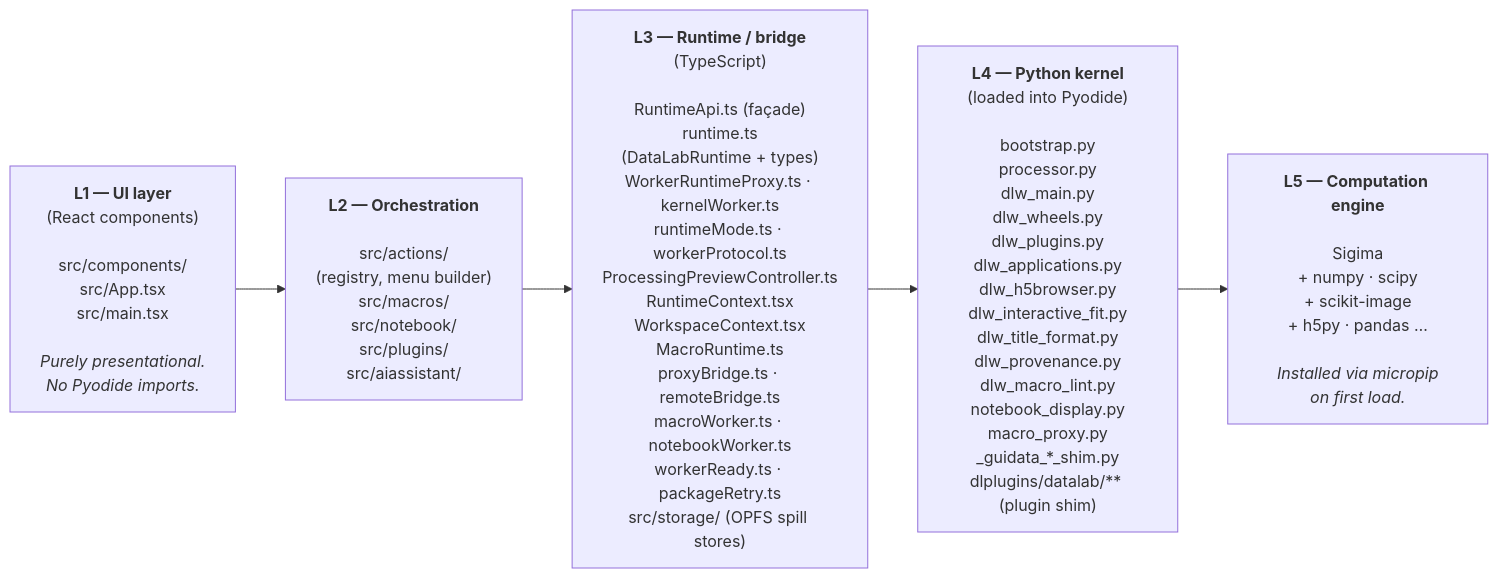
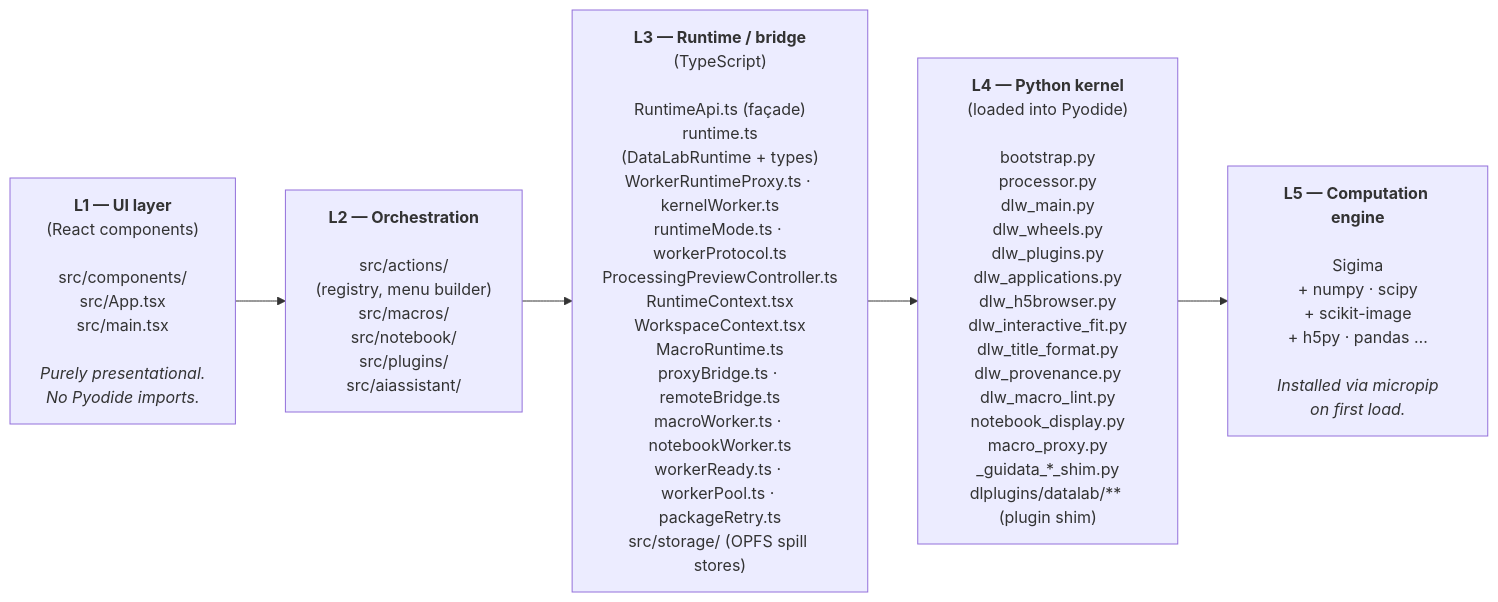
Before and after one commit to DataLab-Platform/web: the second of 8 diagrams in doc/architecture.md, drawn with Mermaid. The commit also changed 10 other files, not shown here.

First line of the commit message:
fix(notebook): stop the Python workers of a replaced workspace

````diff
--- a/doc/architecture.md
+++ b/doc/architecture.md
@@ -87,10 +87,10 @@
 ```mermaid
 flowchart LR
     L1["<b>L1 — UI layer</b><br/>(React components)<br/><br/>src/components/<br/>src/App.tsx<br/>src/main.tsx<br/><br/><i>Purely presentational.<br/>No Pyodide imports.</i>"]
     L2["<b>L2 — Orchestration</b><br/><br/>src/actions/<br/>(registry, menu builder)<br/>src/macros/<br/>src/notebook/<br/>src/plugins/<br/>src/aiassistant/"]
-    L3["<b>L3 — Runtime / bridge</b><br/>(TypeScript)<br/><br/>RuntimeApi.ts (façade)<br/>runtime.ts<br/>(DataLabRuntime + types)<br/>WorkerRuntimeProxy.ts · kernelWorker.ts<br/>runtimeMode.ts · workerProtocol.ts<br/>ProcessingPreviewController.ts<br/>RuntimeContext.tsx<br/>WorkspaceContext.tsx<br/>MacroRuntime.ts<br/>proxyBridge.ts · remoteBridge.ts<br/>macroWorker.ts · notebookWorker.ts<br/>workerReady.ts · packageRetry.ts<br/>src/storage/ (OPFS spill stores)"]
+    L3["<b>L3 — Runtime / bridge</b><br/>(TypeScript)<br/><br/>RuntimeApi.ts (façade)<br/>runtime.ts<br/>(DataLabRuntime + types)<br/>WorkerRuntimeProxy.ts · kernelWorker.ts<br/>runtimeMode.ts · workerProtocol.ts<br/>ProcessingPreviewController.ts<br/>RuntimeContext.tsx<br/>WorkspaceContext.tsx<br/>MacroRuntime.ts<br/>proxyBridge.ts · remoteBridge.ts<br/>macroWorker.ts · notebookWorker.ts<br/>workerReady.ts · workerPool.ts · packageRetry.ts<br/>src/storage/ (OPFS spill stores)"]
     L4["<b>L4 — Python kernel</b><br/>(loaded into Pyodide)<br/><br/>bootstrap.py<br/>processor.py<br/>dlw_main.py<br/>dlw_wheels.py<br/>dlw_plugins.py<br/>dlw_applications.py<br/>dlw_h5browser.py<br/>dlw_interactive_fit.py<br/>dlw_title_format.py<br/>dlw_provenance.py<br/>dlw_macro_lint.py<br/>notebook_display.py<br/>macro_proxy.py<br/>_guidata_*_shim.py<br/>dlplugins/datalab/** (plugin shim)"]
     L5["<b>L5 — Computation engine</b><br/><br/>Sigima<br/>+ numpy · scipy<br/>+ scikit-image<br/>+ h5py · pandas …<br/><br/><i>Installed via micropip<br/>on first load.</i>"]
 
     L1 --> L2 --> L3 --> L4 --> L5
 ```
````
